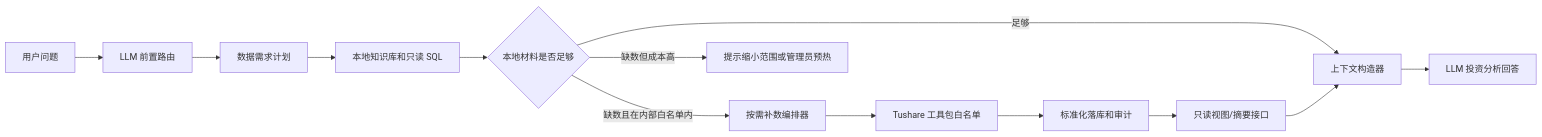
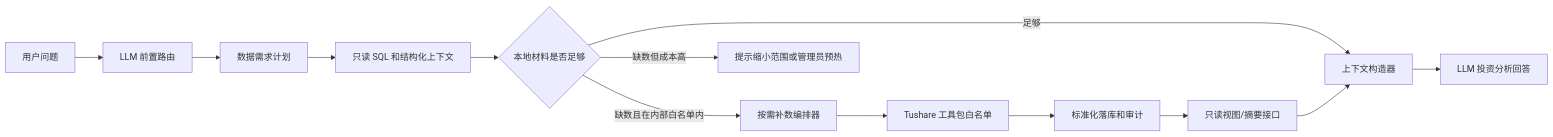
One commit to WinSalty/stock-ah-premium-ai changed the diagram in resources/doc/llm-tushare-on-demand-stock-data-plan.md. Above: the diagram before and after it, drawn with Mermaid. The commit also changed other lines of this file and 21 other files, not shown here.

````diff
--- a/resources/doc/llm-tushare-on-demand-stock-data-plan.md
+++ b/resources/doc/llm-tushare-on-demand-stock-data-plan.md
@@ -17,15 +17,15 @@
 ```mermaid
 flowchart LR
   U["用户问题"] --> R["LLM 前置路由"]
   R --> P["数据需求计划"]
-  P --> L["本地知识库和只读 SQL"]
+  P --> L["只读 SQL 和结构化上下文"]
   L --> G{"本地材料是否足够"}
   G -->|"足够"| C["上下文构造器"]
   G -->|"缺数且在内部白名单内"| O["按需补数编排器"]
   G -->|"缺数但成本高"| H["提示缩小范围或管理员预热"]
   O --> W["Tushare 工具包白名单"]
   W --> S["标准化落库和审计"]
   S --> V["只读视图/摘要接口"]
   V --> C
   C --> A["LLM 投资分析回答"]
 ```
````
